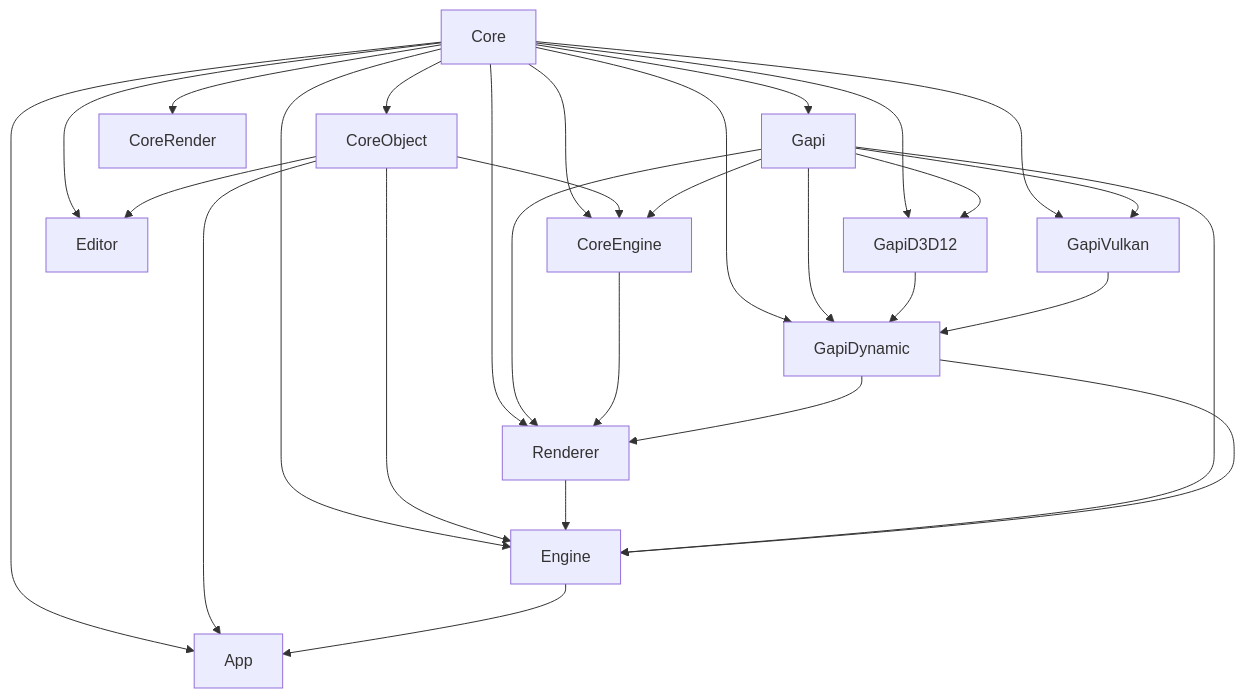
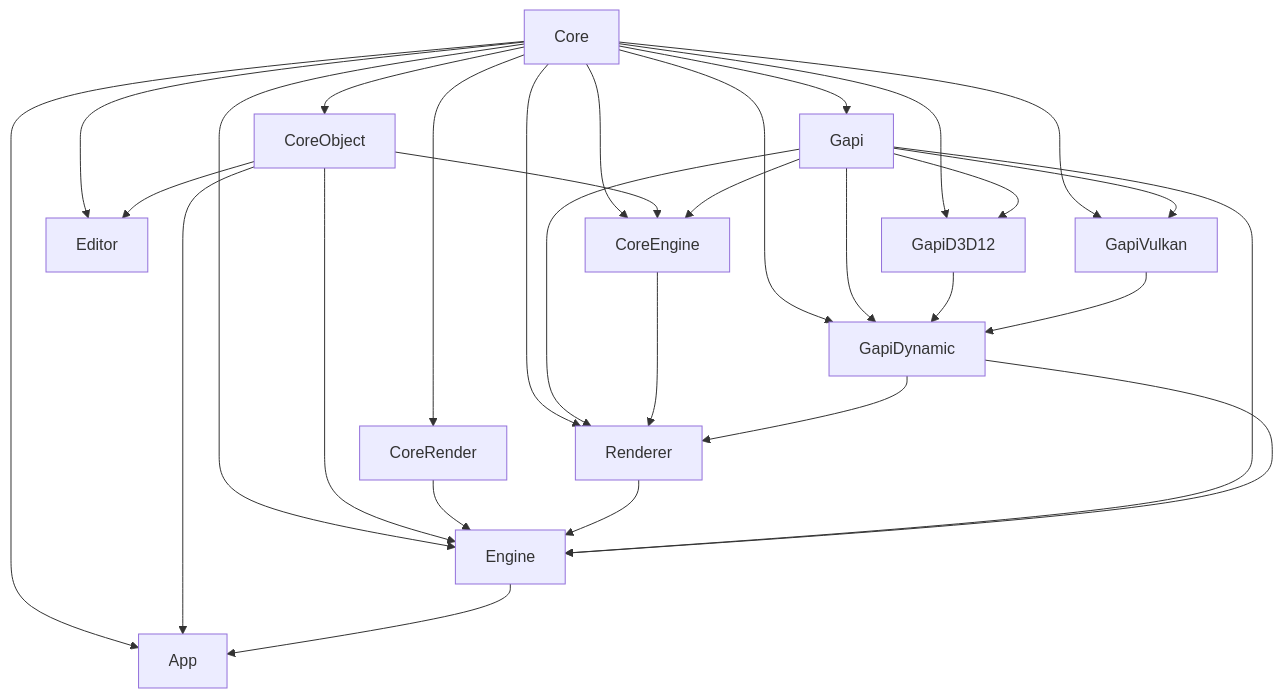
Before and after one commit to hellokenlee/NeneEngine2: the diagram in README.md, drawn with Mermaid. The commit also changed 75 other files, not shown here.

````diff
--- a/README.md
+++ b/README.md
@@ -92,31 +92,32 @@
 ```mermaid
 graph TD
   Core --> App
   CoreObject --> App
   Engine --> App
   Core --> CoreEngine
   CoreObject --> CoreEngine
   Gapi --> CoreEngine
   Core --> CoreObject
   Core --> CoreRender
   Core --> Editor
   CoreObject --> Editor
   Core --> Engine
   CoreObject --> Engine
+  CoreRender --> Engine
   Renderer --> Engine
   Gapi --> Engine
   GapiDynamic --> Engine
   Core --> Gapi
   Core --> GapiD3D12
   Gapi --> GapiD3D12
   Core --> GapiDynamic
   Gapi --> GapiDynamic
   GapiD3D12 --> GapiDynamic
   GapiVulkan --> GapiDynamic
   Core --> GapiVulkan
   Gapi --> GapiVulkan
   Core --> Renderer
   Gapi --> Renderer
   CoreEngine --> Renderer
   GapiDynamic --> Renderer
 ```
````
